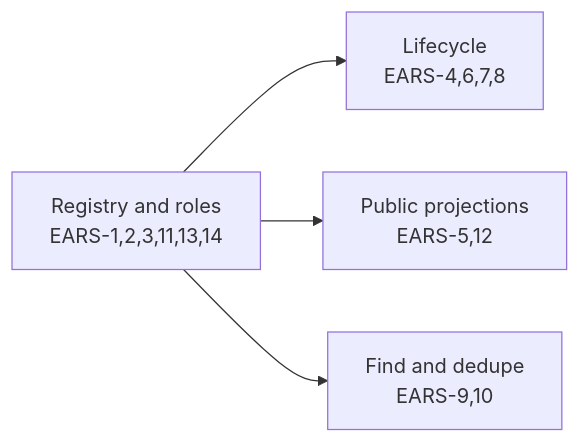
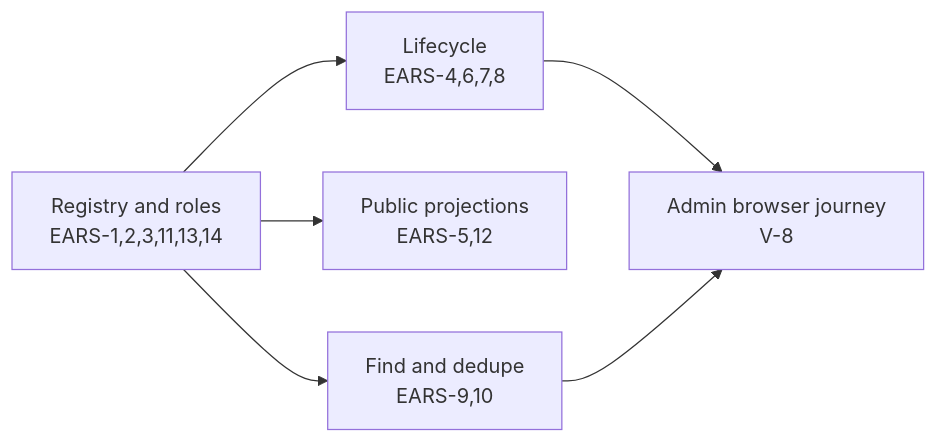
One commit to doctor-school/ds-platform changed the fifth of 5 diagrams in apps/docs/content/specs/features/032-investors-leaderboard/032-design.md. Above: the diagram before and after it, drawn with Mermaid. The commit also changed other lines of this file and 3 other files, not shown here.

````diff
--- a/apps/docs/content/specs/features/032-investors-leaderboard/032-design.md
+++ b/apps/docs/content/specs/features/032-investors-leaderboard/032-design.md
@@ -164,6 +165,8 @@
 ```mermaid
 flowchart LR
   A[Registry and roles<br/>EARS-1,2,3,11,13,14] --> B[Lifecycle<br/>EARS-4,6,7,8]
   A --> C[Public projections<br/>EARS-5,12]
   A --> D[Find and dedupe<br/>EARS-9,10]
+  B --> E[Admin browser journey<br/>V-8]
+  D --> E
 ```
````
